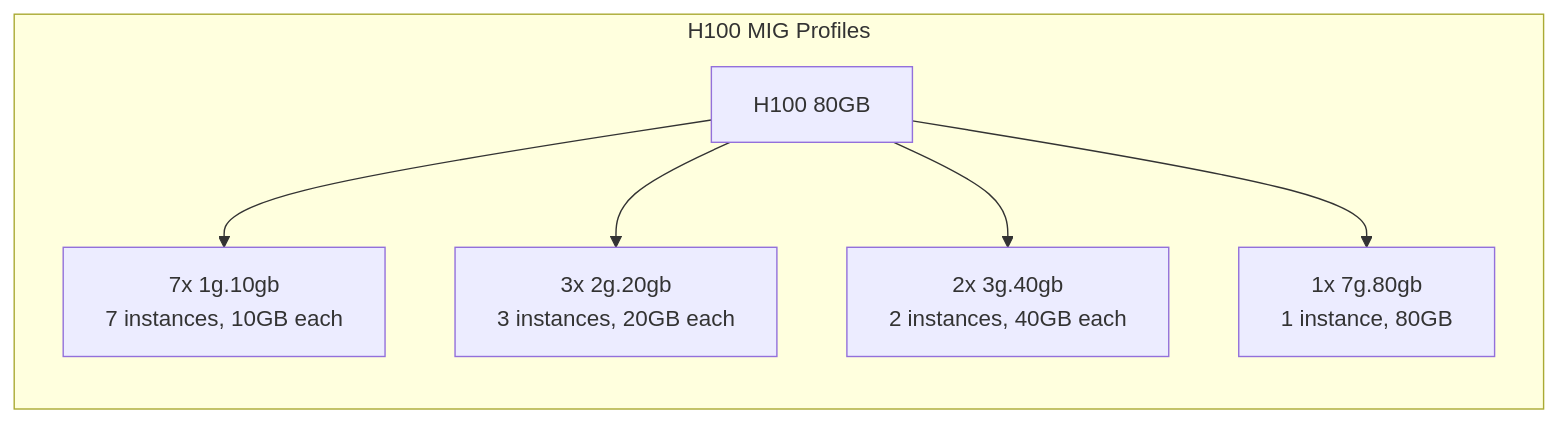
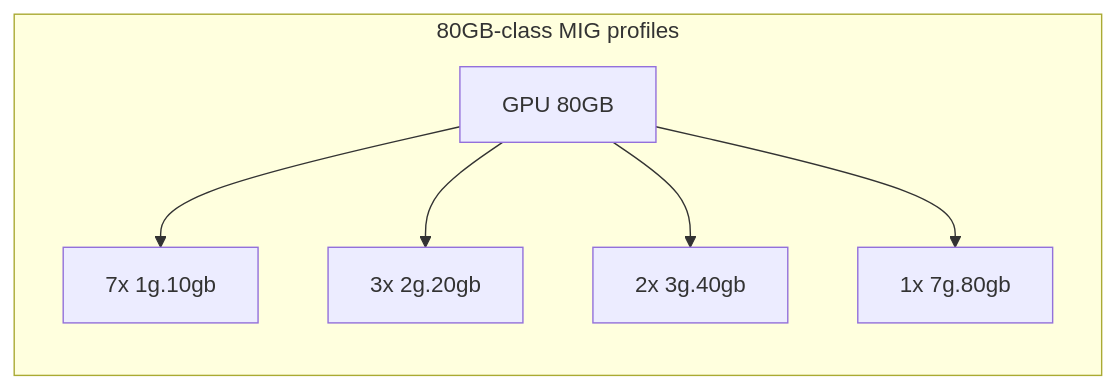
One commit to Mirantis-PS/k0rdent-ai-training changed the ninth of 11 diagrams in curriculum/week-5-ai-workloads/theory/5.1-gpu-scheduling.md. Above: the diagram before and after it, drawn with Mermaid. The commit also changed other lines of this file and 8 other files, not shown here.

````diff
--- a/curriculum/week-5-ai-workloads/theory/5.1-gpu-scheduling.md
+++ b/curriculum/week-5-ai-workloads/theory/5.1-gpu-scheduling.md
@@ -343,9 +409,9 @@
 ```mermaid
 flowchart LR
-    subgraph "H100 MIG Profiles"
-        A[H100 80GB] --> B[7x 1g.10gb<br/>7 instances, 10GB each]
-        A --> C[3x 2g.20gb<br/>3 instances, 20GB each]
-        A --> D[2x 3g.40gb<br/>2 instances, 40GB each]
-        A --> E[1x 7g.80gb<br/>1 instance, 80GB]
+    subgraph eighty["80GB-class MIG profiles"]
+        A["GPU 80GB"] --> B["7x 1g.10gb"]
+        A --> C["3x 2g.20gb"]
+        A --> D["2x 3g.40gb"]
+        A --> E["1x 7g.80gb"]
     end
 ```
````
